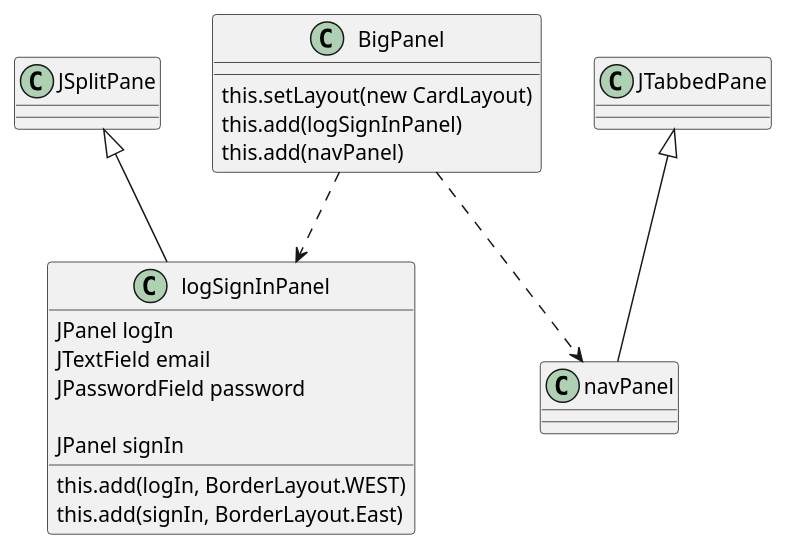
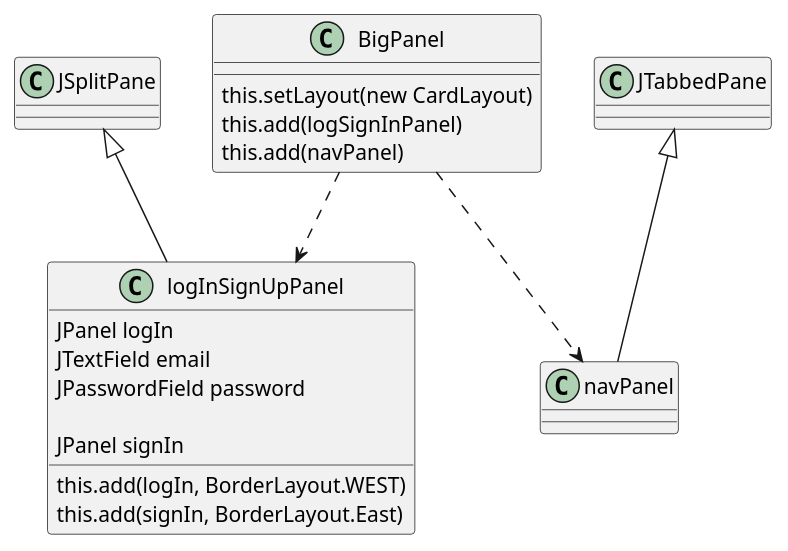
One commit to DiorAdam/LibraryManager changed the diagram in Modelisation/BigPanel.puml. Above: the diagram before and after it, drawn with PlantUML. The commit also changed 5 other files, not shown here.

Commit message:
fix class logInSignUpPanel

```diff
--- a/Modelisation/BigPanel.puml
+++ b/Modelisation/BigPanel.puml
@@ -1,26 +1,26 @@
 @startuml
 
 class BigPanel{
     this.setLayout(new CardLayout)
     this.add(logSignInPanel)
     this.add(navPanel)
 }
-BigPanel ..> logSignInPanel
+BigPanel ..> logInSignUpPanel
 BigPanel ..> navPanel
 
-class logSignInPanel extends JSplitPane{
+class logInSignUpPanel extends JSplitPane{
     JPanel logIn
     JTextField email
     JPasswordField password
 
     JPanel signIn
 
     this.add(logIn, BorderLayout.WEST)
     this.add(signIn, BorderLayout.East)
 }
 
 class navPanel extends JTabbedPane{
 
 }
 
 @enduml
```
